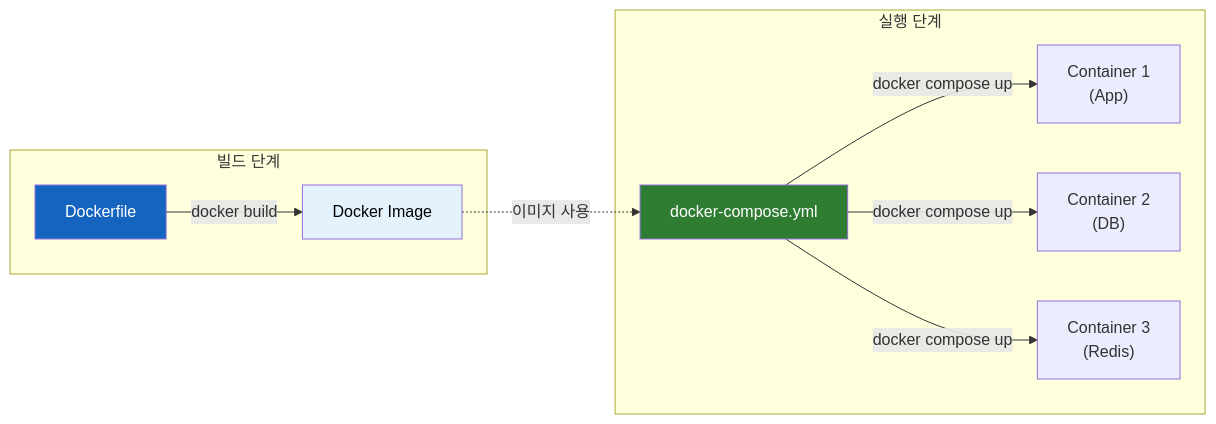
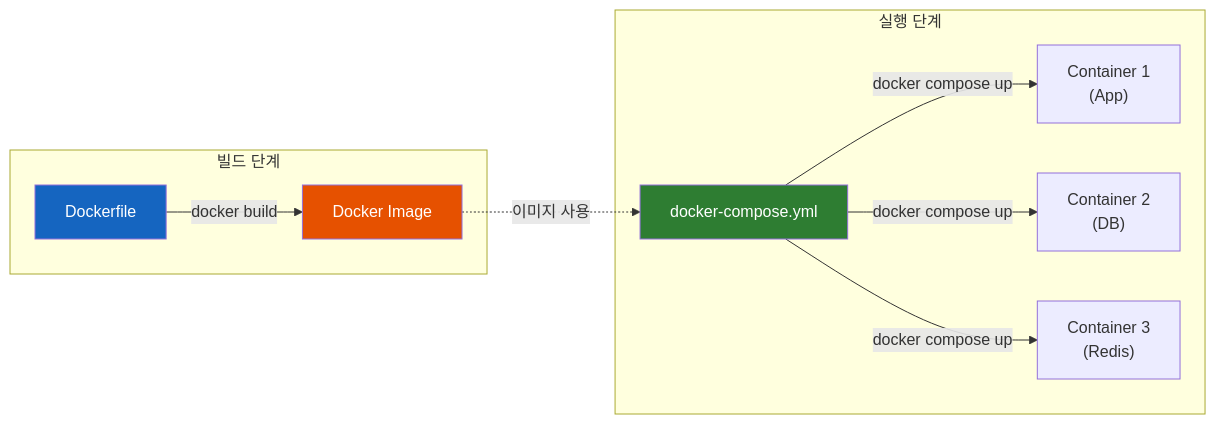
One commit to sskim91/TIL changed the first of 6 diagrams in docker/Dockerfile과-docker-compose의-차이.md. Above: the diagram before and after it, drawn with Mermaid. The commit also changed other lines of this file and 2 other files, not shown here.

````diff
--- a/docker/Dockerfile과-docker-compose의-차이.md
+++ b/docker/Dockerfile과-docker-compose의-차이.md
@@ -17,24 +17,24 @@
 ```mermaid
 flowchart LR
     subgraph Build["빌드 단계"]
         DF["Dockerfile"]
         IMG["Docker Image"]
         DF -->|docker build| IMG
     end
 
     subgraph Run["실행 단계"]
         DC["docker-compose.yml"]
         C1["Container 1<br>(App)"]
         C2["Container 2<br>(DB)"]
         C3["Container 3<br>(Redis)"]
         DC -->|docker compose up| C1
         DC -->|docker compose up| C2
         DC -->|docker compose up| C3
     end
 
     IMG -.->|이미지 사용| DC
 
     style DF fill:#1565C0,color:#fff
     style DC fill:#2E7D32,color:#fff
-    style IMG fill:#E3F2FD,color:#000
+    style IMG fill:#E65100,color:#fff
 ```
````
